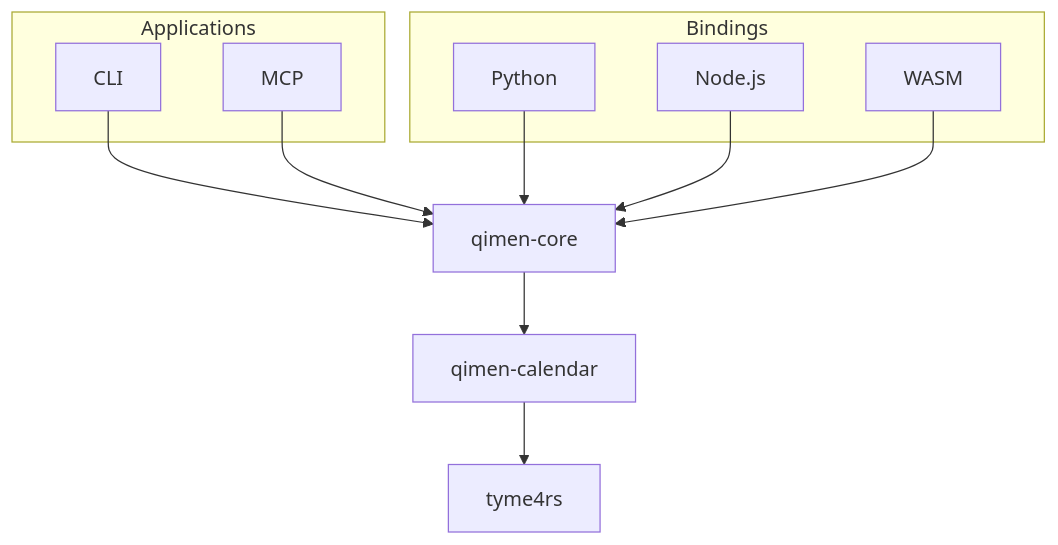
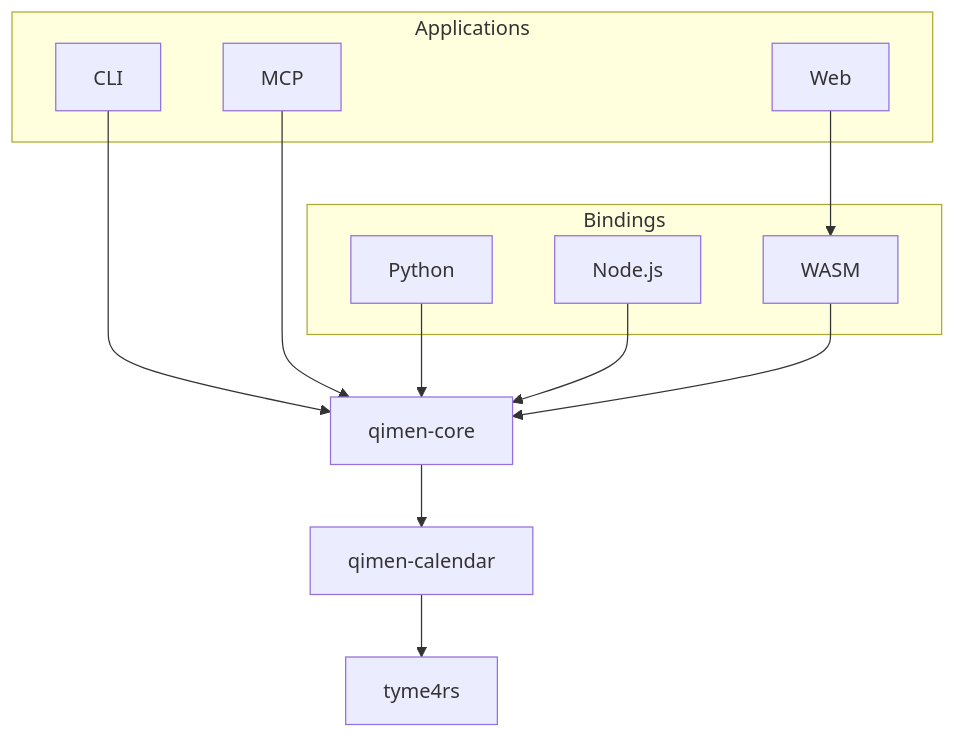
One commit to SpenserCai/qimen-rs changed the diagram in README.en.md. Above: the diagram before and after it, drawn with Mermaid. The commit also changed other lines of this file and 52 other files, not shown here.

````diff
--- a/README.en.md
+++ b/README.en.md
@@ -147,19 +162,21 @@
 ```mermaid
 flowchart TB
     subgraph Apps["Applications"]
+        Web["Web"]
         CLI["CLI"]
         MCP["MCP"]
     end
     subgraph Bindings["Bindings"]
         Python["Python"]
         Node["Node.js"]
         WASM["WASM"]
     end
+    Web --> WASM
     CLI --> Core
     MCP --> Core
     Python --> Core
     Node --> Core
     WASM --> Core
     Core["qimen-core"] --> Calendar["qimen-calendar"]
     Calendar --> Tyme["tyme4rs"]
 ```
````
